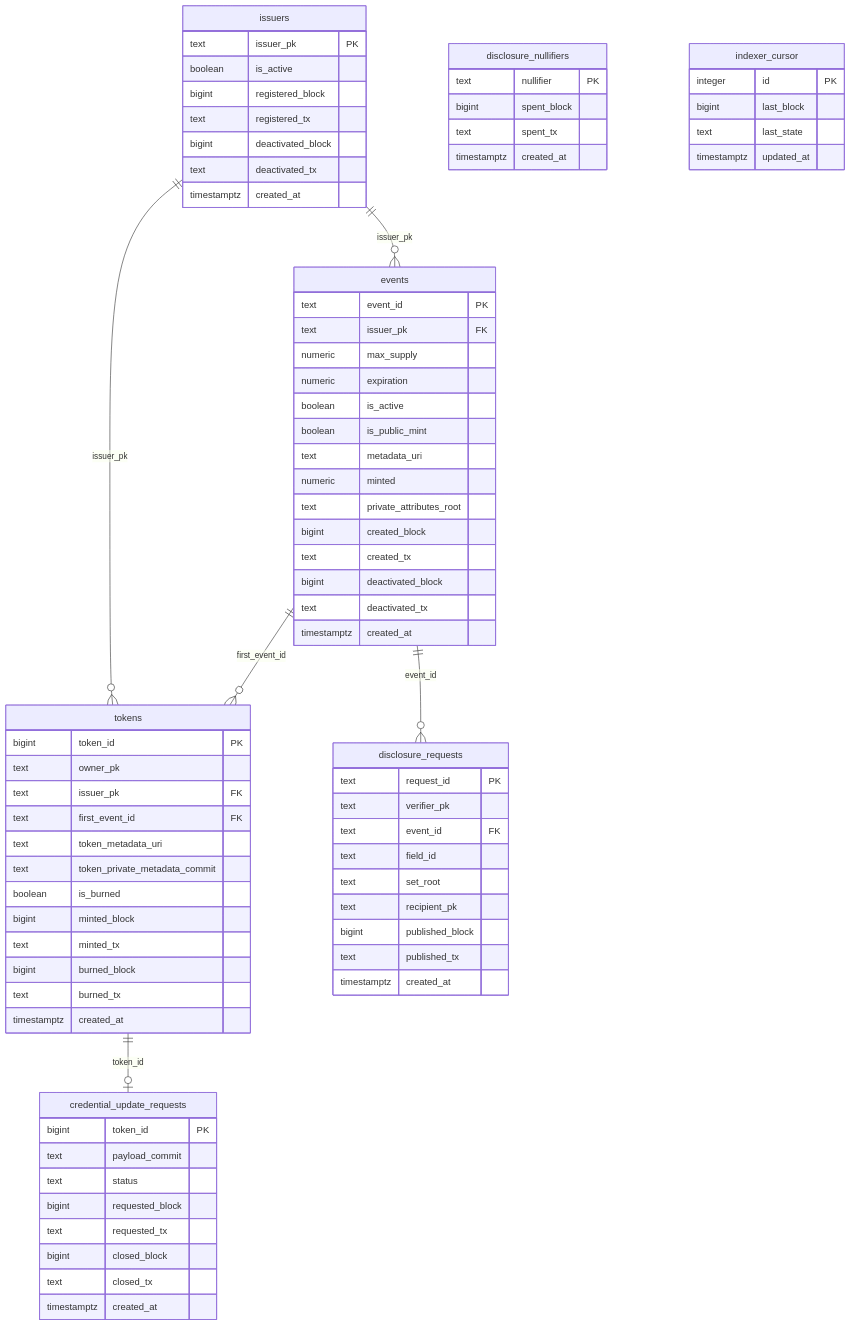
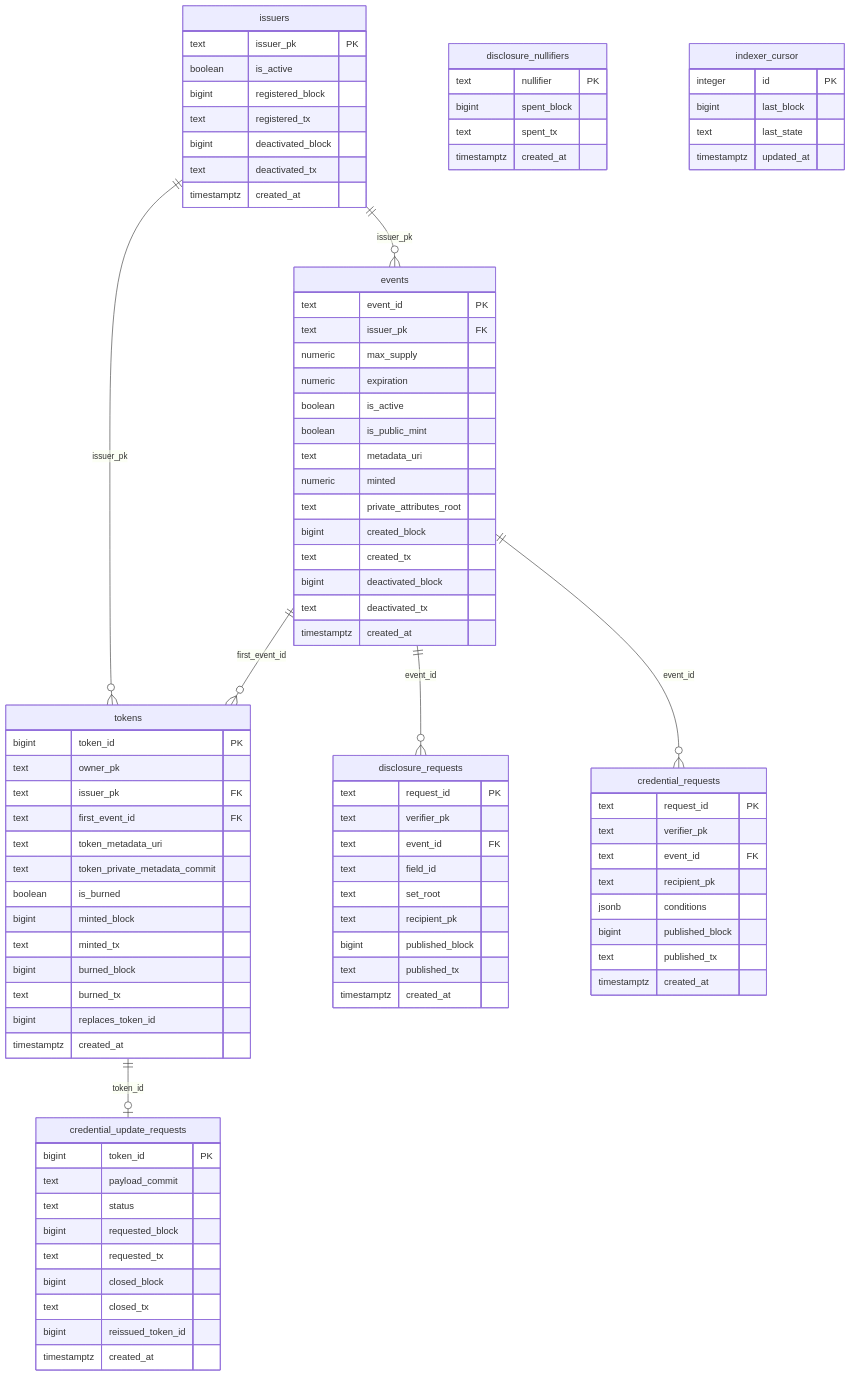
One commit to AdaSouls/velum changed the diagram in docs/02-indexer/data-model.md. Above: the diagram before and after it, drawn with Mermaid. The commit also changed other lines of this file and 82 other files, not shown here.

First line of the commit message:
Ask several things about a credential in one request, and re-issue in one transaction

```diff
--- a/docs/02-indexer/data-model.md
+++ b/docs/02-indexer/data-model.md
@@ -16,6 +18,7 @@
     issuers ||--o{ tokens : "issuer_pk"
     events  ||--o{ tokens : "first_event_id"
     events  ||--o{ disclosure_requests : "event_id"
+    events  ||--o{ credential_requests : "event_id"
     tokens  ||--o| credential_update_requests : "token_id"
 
     issuers {
@@ -55,6 +58,7 @@
         text minted_tx
         bigint burned_block
         text burned_tx
+        bigint replaces_token_id
         timestamptz created_at
     }
     disclosure_requests {
@@ -68,6 +72,16 @@
         text published_tx
         timestamptz created_at
     }
+    credential_requests {
+        text request_id PK
+        text verifier_pk
+        text event_id FK
+        text recipient_pk
+        jsonb conditions
+        bigint published_block
+        text published_tx
+        timestamptz created_at
+    }
     credential_update_requests {
         bigint token_id PK
         text payload_commit
@@ -76,6 +90,7 @@
         text requested_tx
         bigint closed_block
         text closed_tx
+        bigint reissued_token_id
         timestamptz created_at
     }
     disclosure_nullifiers {
```
